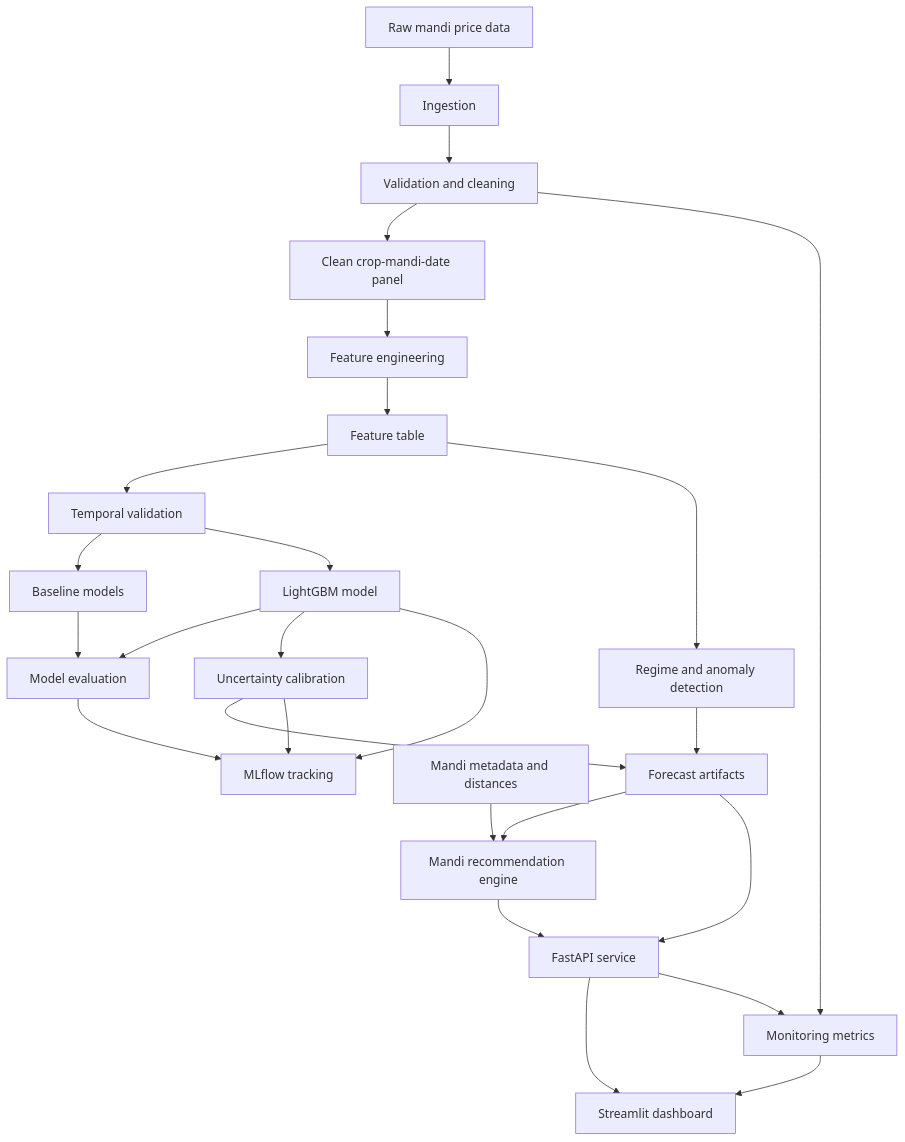
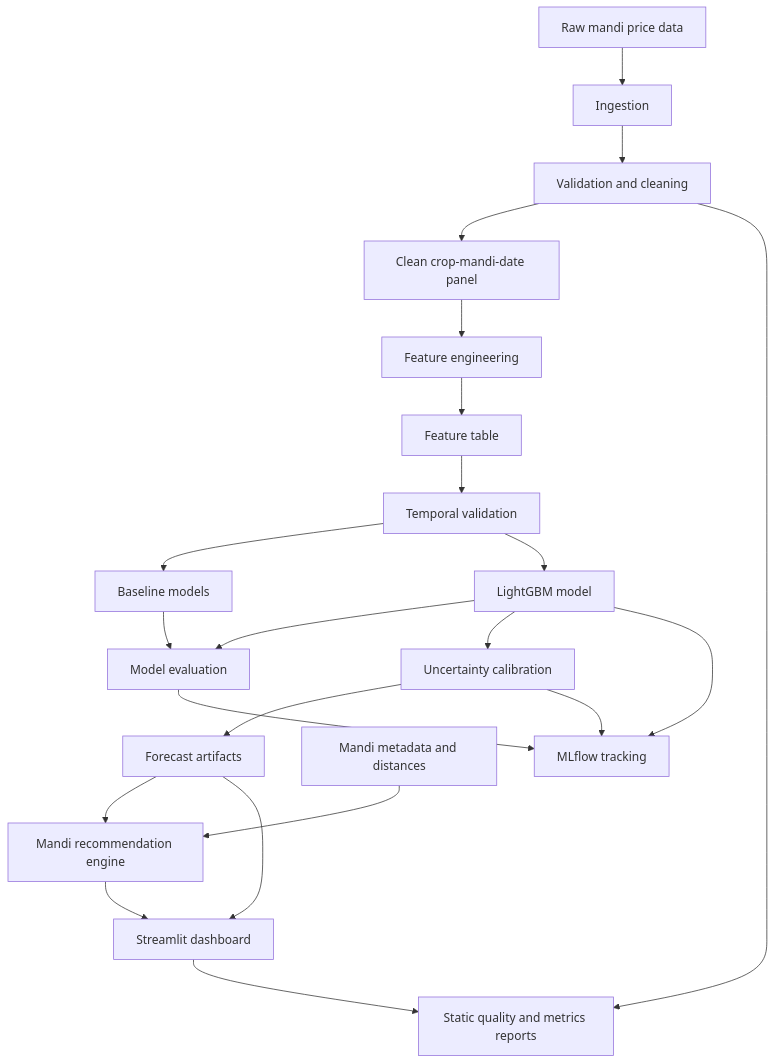
The first of 2 diagrams in docs/ARCHITECTURE.md (kaustubh-dot/MandiPulse), drawn with Mermaid before and after one commit. The commit also changed other lines of this file and 18 other files, not shown here.

````diff
--- a/docs/ARCHITECTURE.md
+++ b/docs/ARCHITECTURE.md
@@ -11,28 +11,24 @@
 ```mermaid
 flowchart TD
     A["Raw mandi price data"] --> B["Ingestion"]
     B --> C["Validation and cleaning"]
     C --> D["Clean crop-mandi-date panel"]
     D --> E["Feature engineering"]
     E --> F["Feature table"]
     F --> G["Temporal validation"]
     G --> H["Baseline models"]
     G --> I["LightGBM model"]
     H --> J["Model evaluation"]
     I --> J
     I --> K["Uncertainty calibration"]
-    F --> L["Regime and anomaly detection"]
     K --> M["Forecast artifacts"]
-    L --> M
     M --> N["Mandi recommendation engine"]
     O["Mandi metadata and distances"] --> N
-    N --> P["FastAPI service"]
-    M --> P
-    P --> Q["Streamlit dashboard"]
+    N --> Q["Streamlit dashboard"]
+    M --> Q
     J --> R["MLflow tracking"]
     I --> R
     K --> R
-    P --> S["Monitoring metrics"]
+    Q --> S["Static quality and metrics reports"]
     C --> S
-    S --> Q
 ```
````
